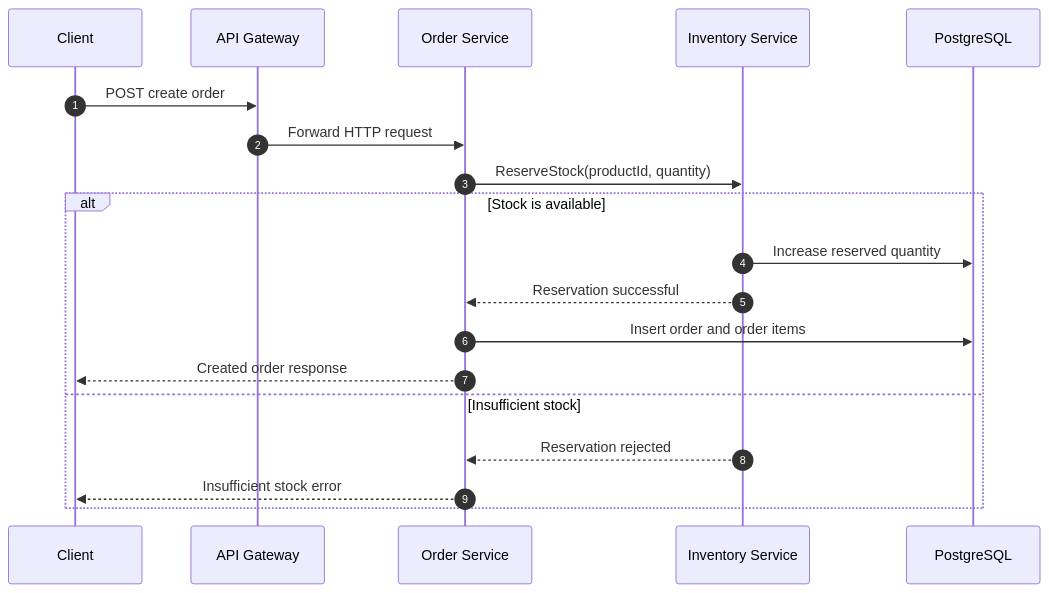
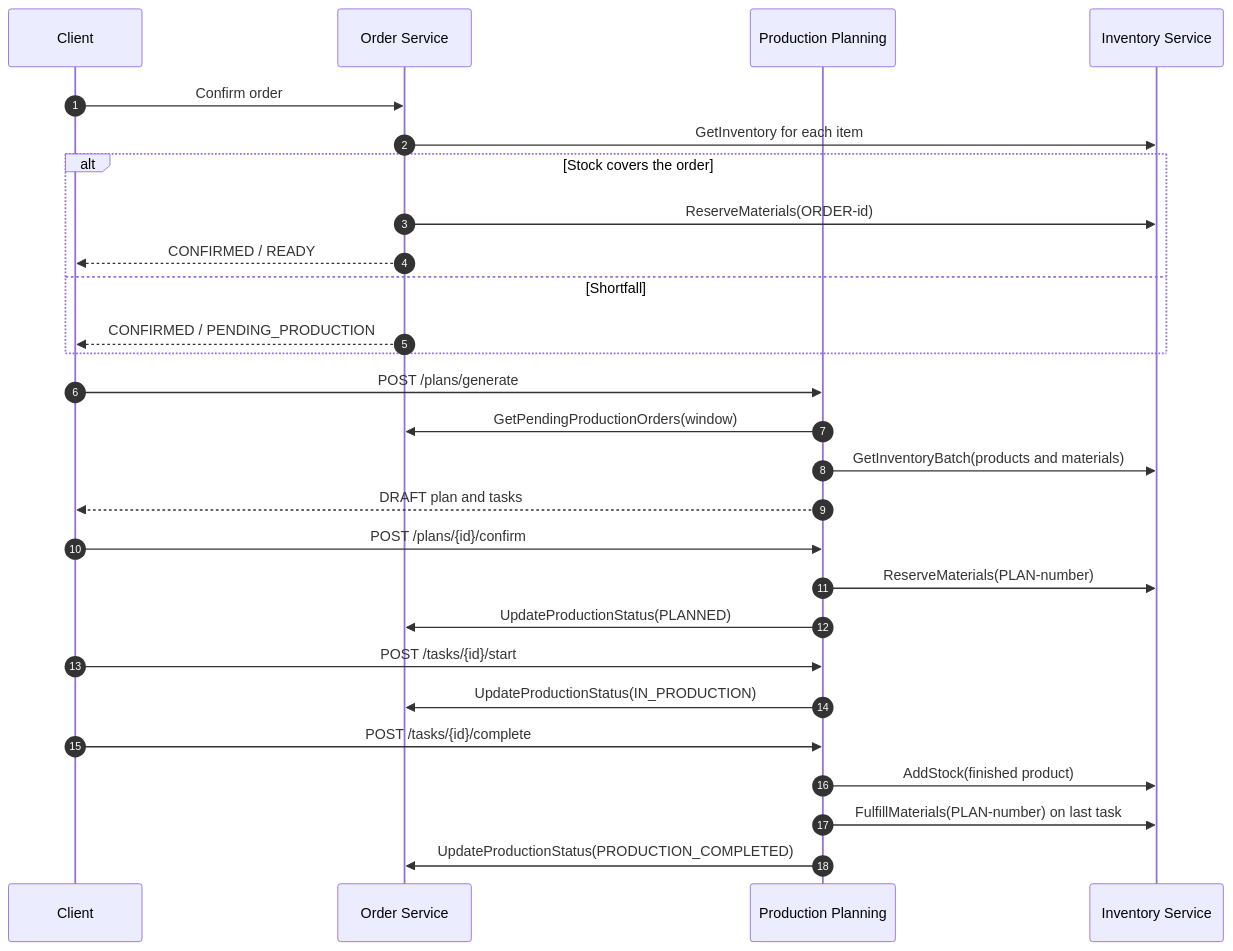
The third of 3 diagrams in README.md (yongwang0705/SmartWareHouse), drawn with Mermaid before and after one commit. The commit also changed other lines of this file, not shown here.

````diff
--- a/README.md
+++ b/README.md
@@ -55,22 +197,34 @@
 ```mermaid
 sequenceDiagram
     autonumber
     participant Client
-    participant Gateway as API Gateway
     participant Order as Order Service
-    participant Inventory as Inventory Service
-    participant DB as PostgreSQL
+    participant PPS as Production Planning
+    participant Inv as Inventory Service
 
-    Client->>Gateway: POST create order
-    Gateway->>Order: Forward HTTP request
-    Order->>Inventory: ReserveStock(productId, quantity)
-    alt Stock is available
-        Inventory->>DB: Increase reserved quantity
-        Inventory-->>Order: Reservation successful
-        Order->>DB: Insert order and order items
-        Order-->>Client: Created order response
-    else Insufficient stock
-        Inventory-->>Order: Reservation rejected
-        Order-->>Client: Insufficient stock error
+    Client->>Order: Confirm order
+    Order->>Inv: GetInventory for each item
+    alt Stock covers the order
+        Order->>Inv: ReserveMaterials(ORDER-id)
+        Order-->>Client: CONFIRMED / READY
+    else Shortfall
+        Order-->>Client: CONFIRMED / PENDING_PRODUCTION
     end
+
+    Client->>PPS: POST /plans/generate
+    PPS->>Order: GetPendingProductionOrders(window)
+    PPS->>Inv: GetInventoryBatch(products and materials)
+    PPS-->>Client: DRAFT plan and tasks
+
+    Client->>PPS: POST /plans/{id}/confirm
+    PPS->>Inv: ReserveMaterials(PLAN-number)
+    PPS->>Order: UpdateProductionStatus(PLANNED)
+
+    Client->>PPS: POST /tasks/{id}/start
+    PPS->>Order: UpdateProductionStatus(IN_PRODUCTION)
+
+    Client->>PPS: POST /tasks/{id}/complete
+    PPS->>Inv: AddStock(finished product)
+    PPS->>Inv: FulfillMaterials(PLAN-number) on last task
+    PPS->>Order: UpdateProductionStatus(PRODUCTION_COMPLETED)
 ```
````
